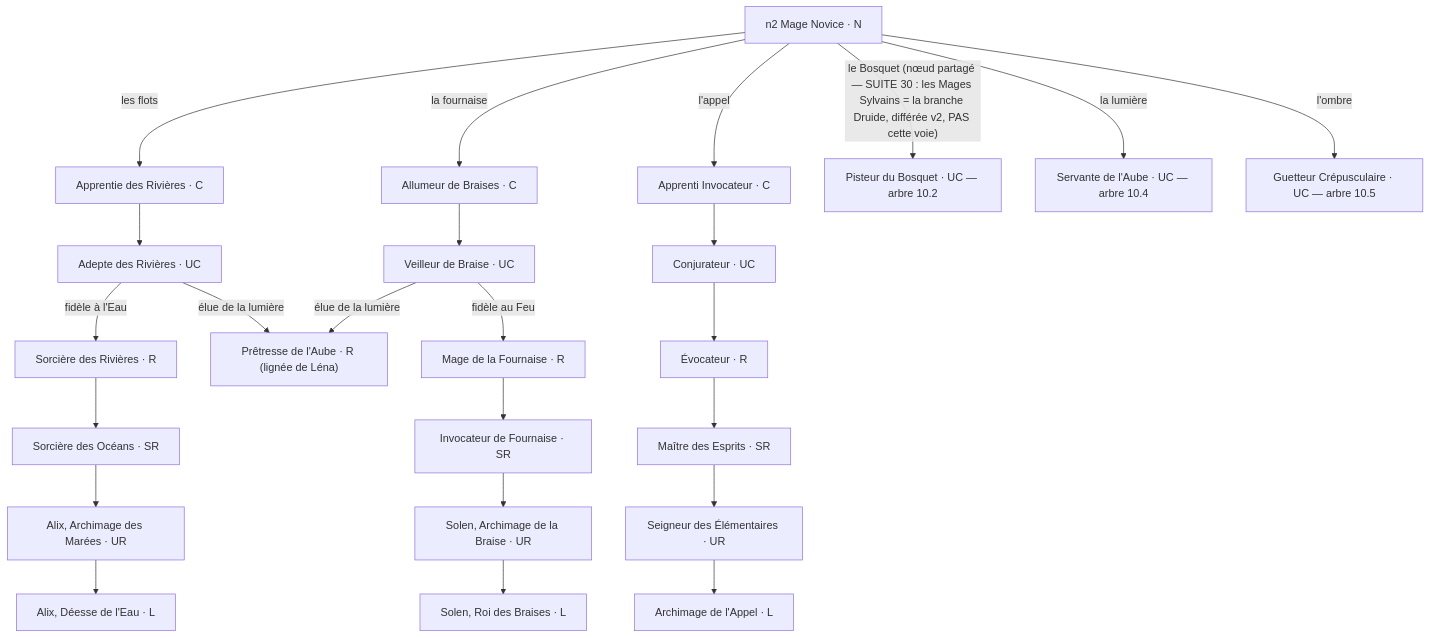
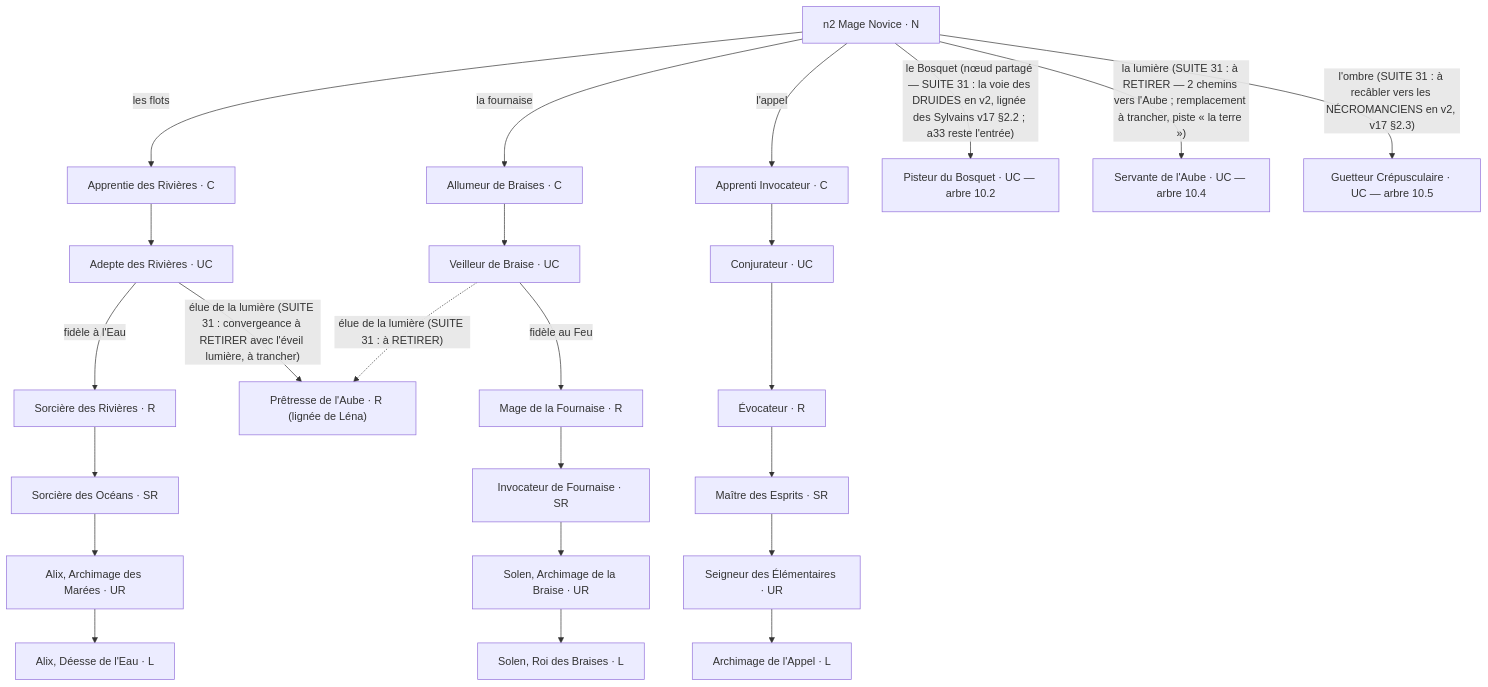
Before and after one commit to mobize191/aicg-lignees: the third of 15 diagrams in docs/design/design-arbres-v18.md, drawn with Mermaid. The commit also changed other lines of this file and 5 other files, not shown here.

````diff
--- a/docs/design/design-arbres-v18.md
+++ b/docs/design/design-arbres-v18.md
@@ -331,26 +342,26 @@
 ```mermaid
 flowchart TD
   N2["n2 Mage Novice · N"] -->|"les flots"| A5["Apprentie des Rivières · C"]
   N2 -->|"la fournaise"| A19["Allumeur de Braises · C"]
   N2 -->|"l'appel"| V1["Apprenti Invocateur · C"]
-  N2 -->|"le Bosquet (nœud partagé — SUITE 30 : les Mages Sylvains = la branche Druide, différée v2, PAS cette voie)"| A33["Pisteur du Bosquet · UC — arbre 10.2"]
-  N2 -->|"la lumière"| S13["Servante de l'Aube · UC — arbre 10.4"]
-  N2 -->|"l'ombre"| A31["Guetteur Crépusculaire · UC — arbre 10.5"]
+  N2 -->|"le Bosquet (nœud partagé — SUITE 31 : la voie des DRUIDES en v2, lignée des Sylvains v17 §2.2 ; a33 reste l'entrée)"| A33["Pisteur du Bosquet · UC — arbre 10.2"]
+  N2 -->|"la lumière (SUITE 31 : à RETIRER — 2 chemins vers l'Aube ; remplacement à trancher, piste « la terre »)"| S13["Servante de l'Aube · UC — arbre 10.4"]
+  N2 -->|"l'ombre (SUITE 31 : à recâbler vers les NÉCROMANCIENS en v2, v17 §2.3)"| A31["Guetteur Crépusculaire · UC — arbre 10.5"]
   A5 --> A29["Adepte des Rivières · UC"]
   A19 --> A32["Veilleur de Braise · UC"]
   A29 -->|"fidèle à l'Eau"| A8["Sorcière des Rivières · R"]
-  A29 -->|"élue de la lumière"| S5["Prêtresse de l'Aube · R (lignée de Léna)"]
+  A29 -->|"élue de la lumière (SUITE 31 : convergeance à RETIRER avec l'éveil lumière, à trancher)"| S5["Prêtresse de l'Aube · R (lignée de Léna)"]
   A32 -->|"fidèle au Feu"| A20["Mage de la Fournaise · R"]
-  A32 -->|"élue de la lumière"| S5
+  A32 -.->|"élue de la lumière (SUITE 31 : à RETIRER)"| S5
   A8 --> A11["Sorcière des Océans · SR"]
   A11 --> A13["Alix, Archimage des Marées · UR"]
   A13 --> A14["Alix, Déesse de l'Eau · L"]
   A20 --> A21["Invocateur de Fournaise · SR"]
   A21 --> A22["Solen, Archimage de la Braise · UR"]
   A22 --> A23["Solen, Roi des Braises · L"]
   V1 --> V2["Conjurateur · UC"]
   V2 --> V3["Évocateur · R"]
   V3 --> V4["Maître des Esprits · SR"]
   V4 --> V5["Seigneur des Élémentaires · UR"]
   V5 --> V6["Archimage de l'Appel · L"]
 ```
````
